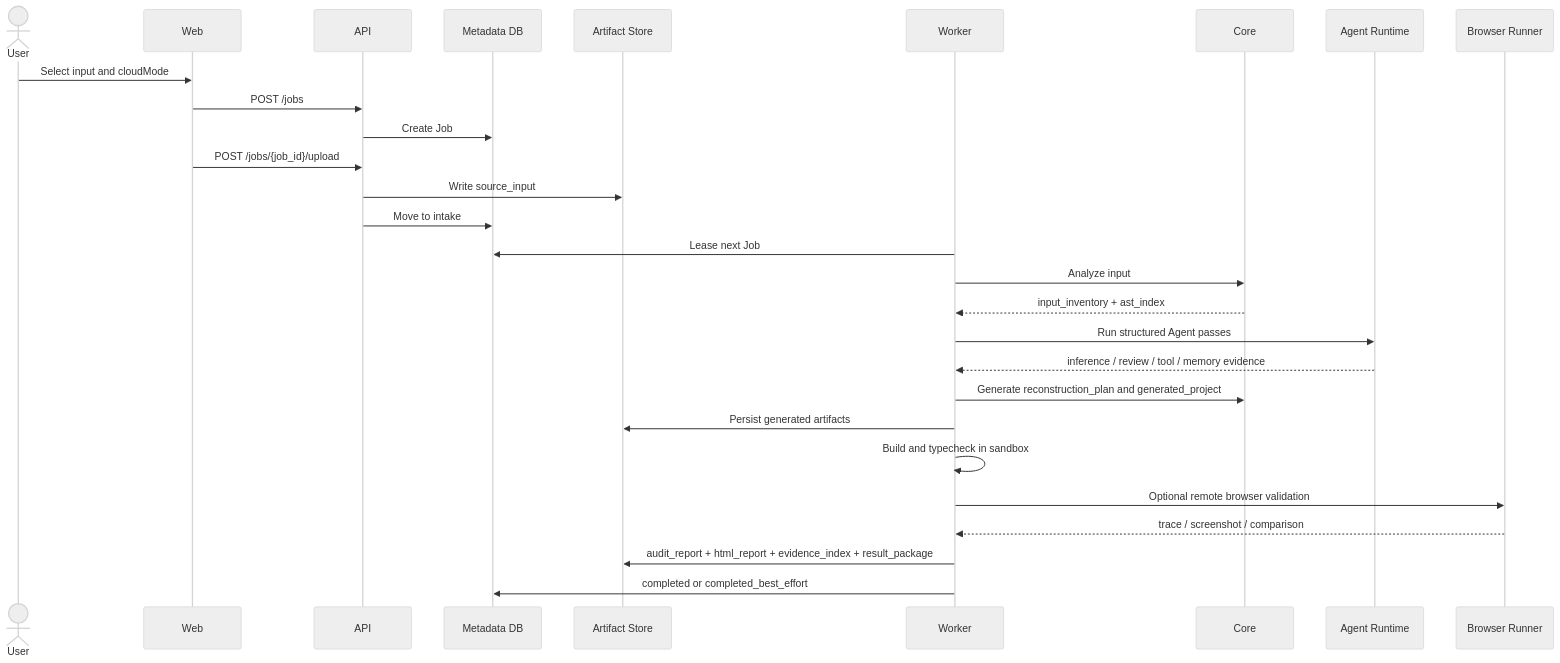
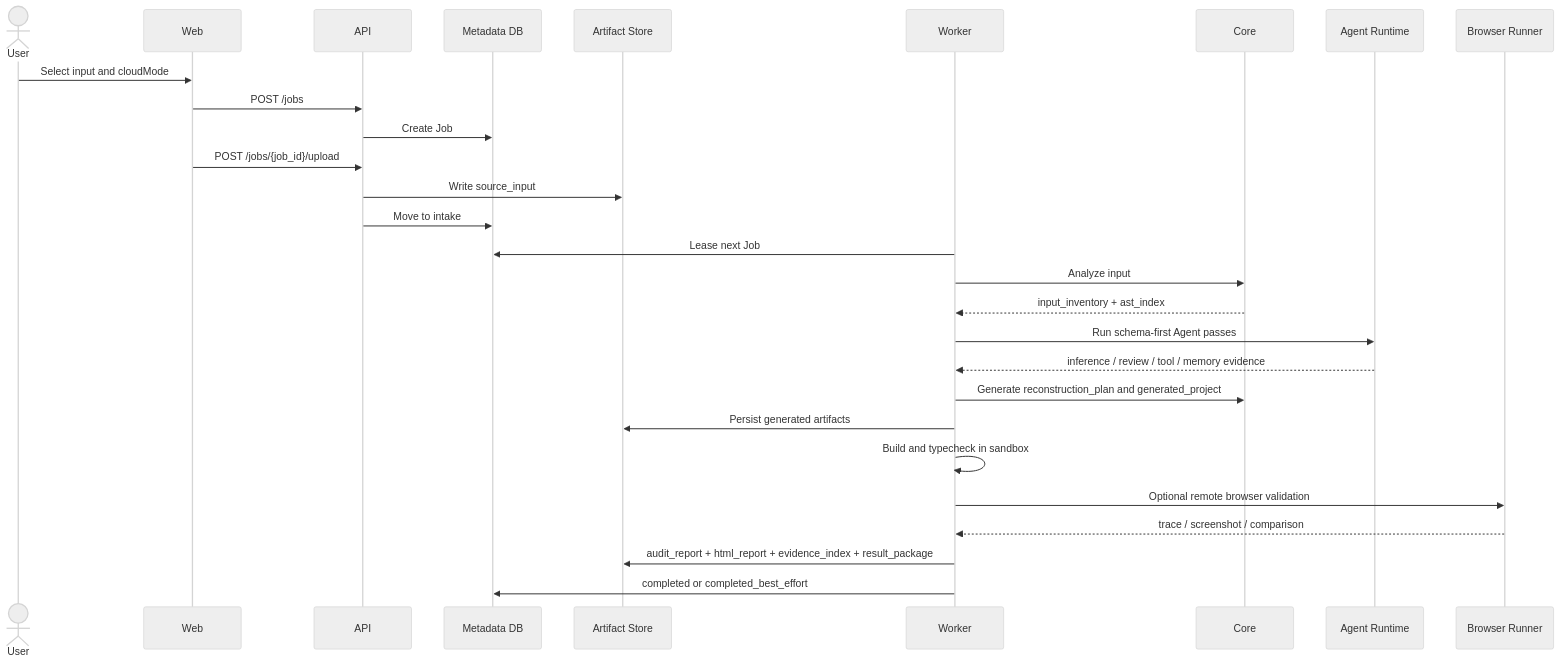
The second of 4 diagrams in docs/architecture.md (Leshm0321/ai-jsunpack), drawn with Mermaid (neutral theme) before and after one commit. The commit also changed other lines of this file and 6 other files, not shown here.

````diff
--- a/docs/architecture.md
+++ b/docs/architecture.md
@@ -43,31 +44,31 @@
 ```mermaid
 sequenceDiagram
   actor U as User
   participant W as Web
   participant A as API
   participant D as Metadata DB
   participant S as Artifact Store
   participant R as Worker
   participant C as Core
   participant G as Agent Runtime
   participant B as Browser Runner
 
   U->>W: Select input and cloudMode
   W->>A: POST /jobs
   A->>D: Create Job
   W->>A: POST /jobs/{job_id}/upload
   A->>S: Write source_input
   A->>D: Move to intake
   R->>D: Lease next Job
   R->>C: Analyze input
   C-->>R: input_inventory + ast_index
-  R->>G: Run structured Agent passes
+  R->>G: Run schema-first Agent passes
   G-->>R: inference / review / tool / memory evidence
   R->>C: Generate reconstruction_plan and generated_project
   R->>S: Persist generated artifacts
   R->>R: Build and typecheck in sandbox
   R->>B: Optional remote browser validation
   B-->>R: trace / screenshot / comparison
   R->>S: audit_report + html_report + evidence_index + result_package
   R->>D: completed or completed_best_effort
 ```
````
